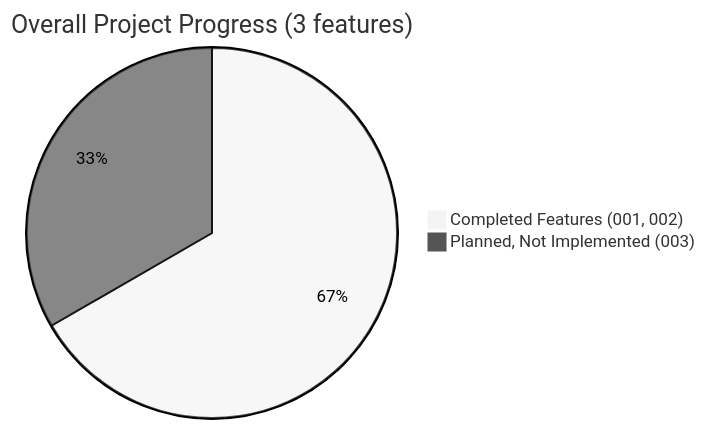
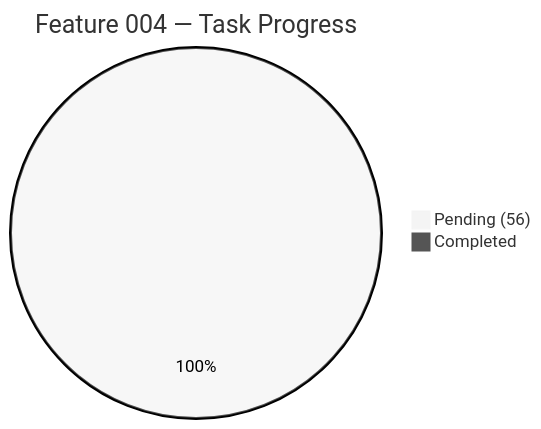
The second of 2 diagrams in specs/status-dashboard.md (Anton-Ch/resumainer-java-vue-web-app), drawn with Mermaid (neutral theme) before and after one commit. The commit also changed other lines of this file and 2 other files, not shown here.

First line of the commit message:
docs(004-jdbc-pool): add task breakdown, security audit, and update dashboard

````diff
--- a/specs/status-dashboard.md
+++ b/specs/status-dashboard.md
@@ -64,5 +51,5 @@
 ```mermaid
-pie title Overall Project Progress (3 features)
-    "Completed Features (001, 002)" : 2
-    "Planned, Not Implemented (003)" : 1
+pie title Feature 004 — Task Progress
+    "Pending (56)" : 56
+    "Completed" : 0
 ```
````
